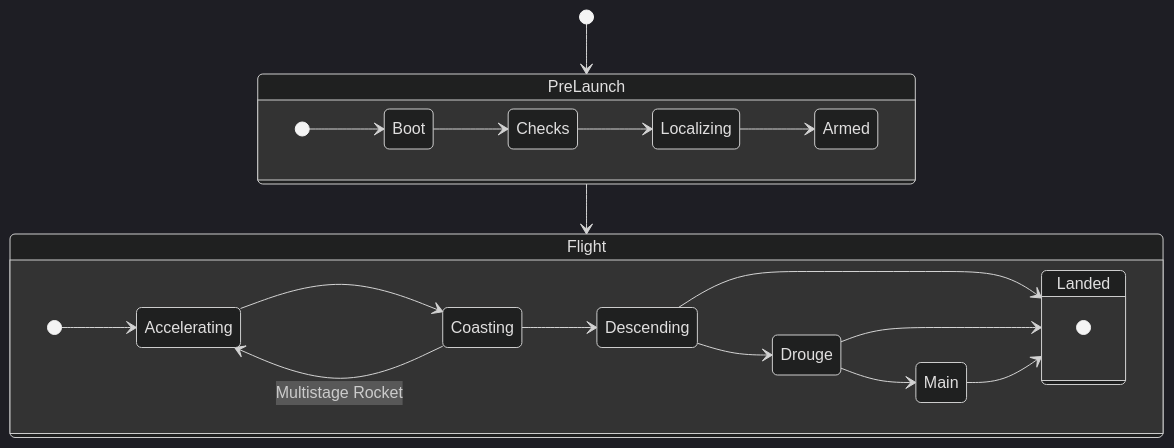
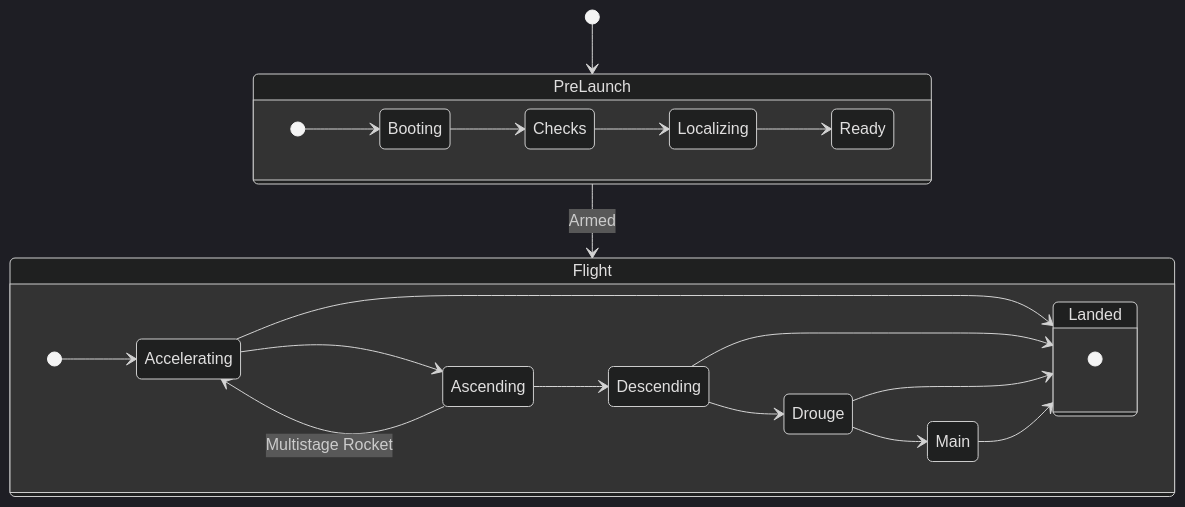
Before and after one commit to Pioneer-Rocketry/Flight-Computer-v3: the diagram in README.md, drawn with Mermaid (dark theme). The commit also changed 2 other files, not shown here.

Commit message:
Created state machine, as well as reworded some states

````diff
--- a/README.md
+++ b/README.md
@@ -59,31 +59,32 @@
 ```mermaid
 stateDiagram-v2
     [*] --> PreLaunch
 
     state PreLaunch {
         direction LR
-        [*] --> Boot
-        Boot --> Checks
+        [*] --> Booting
+        Booting --> Checks
         Checks --> Localizing
-        Localizing --> Armed
+        Localizing --> Ready
     }
 
-    PreLaunch --> Flight
+    PreLaunch --> Flight : Armed
 
     state Flight {
         direction LR
         [*] --> Accelerating
-        Accelerating --> Coasting
-        Coasting --> Accelerating : Multistage Rocket
-        Coasting --> Descending
+        Accelerating --> Ascending
+        Accelerating --> Landed
+        Ascending --> Accelerating : Multistage Rocket
+        Ascending --> Descending
         Descending --> Landed
         Descending --> Drouge
         Drouge --> Landed
         Drouge --> Main
         Main  --> Landed
     }
 
     state Landed {
         [*]
     }
 ```
````
